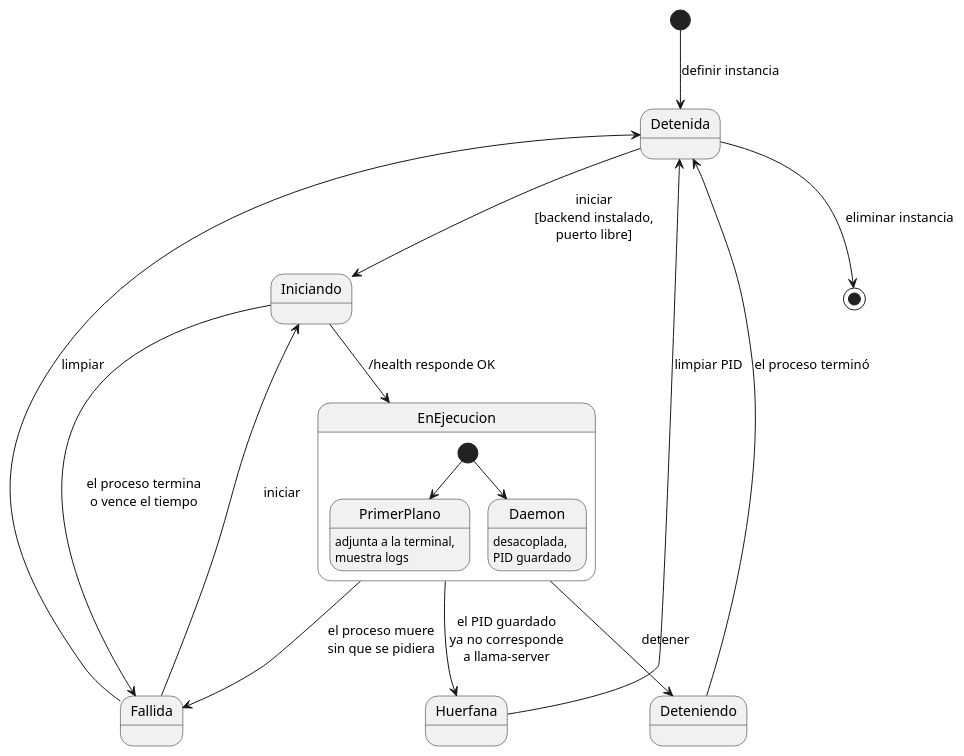
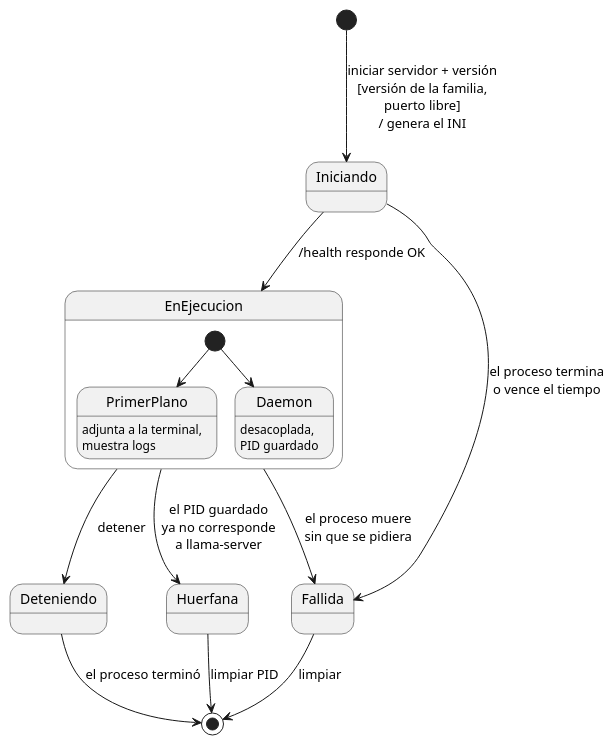
One commit to mstranich/coquena changed the first of 2 diagrams in docs/estados.md. Above: the diagram before and after it, drawn with PlantUML. The commit also changed other lines of this file and 7 other files, not shown here.

````diff
--- a/docs/estados.md
+++ b/docs/estados.md
@@ -8,26 +9,21 @@
 ```plantuml
 @startuml
-[*] --> Detenida : definir instancia
-
-Detenida --> Iniciando : iniciar\n[backend instalado,\npuerto libre]
+[*] --> Iniciando : iniciar servidor + versión\n[versión de la familia,\npuerto libre]\n/ genera el INI
 Iniciando --> EnEjecucion : /health responde OK
 Iniciando --> Fallida : el proceso termina\no vence el tiempo
 EnEjecucion --> Deteniendo : detener
-Deteniendo --> Detenida : el proceso terminó
+Deteniendo --> [*] : el proceso terminó
 EnEjecucion --> Fallida : el proceso muere\nsin que se pidiera
-Fallida --> Iniciando : iniciar
-Fallida --> Detenida : limpiar
+Fallida --> [*] : limpiar
 
 EnEjecucion --> Huerfana : el PID guardado\nya no corresponde\na llama-server
-Huerfana --> Detenida : limpiar PID
-
-Detenida --> [*] : eliminar instancia
+Huerfana --> [*] : limpiar PID
 
 state EnEjecucion {
   [*] --> PrimerPlano
   [*] --> Daemon
   PrimerPlano : adjunta a la terminal,\nmuestra logs
   Daemon : desacoplada,\nPID guardado
 }
 @enduml
 ```
````
